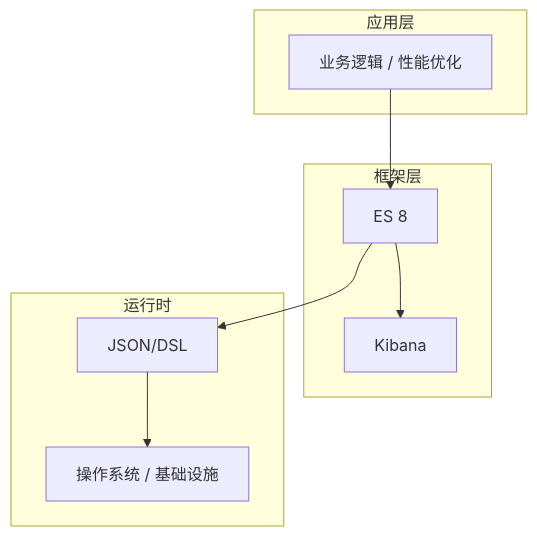
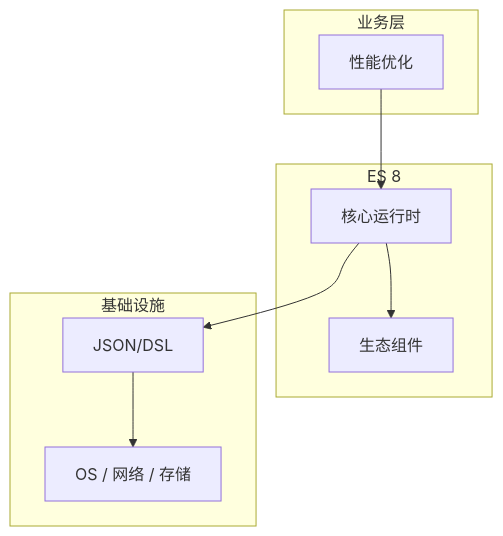
Before and after one commit to yanggan2015/knowledge-json-v2: the diagram in articles/Elasticsearch/chapters/071-性能优化核心概念与原理.md, drawn with Mermaid. The commit also changed other lines of this file and 10127 other files, not shown here.

````diff
--- a/articles/Elasticsearch/chapters/071-性能优化核心概念与原理.md
+++ b/articles/Elasticsearch/chapters/071-性能优化核心概念与原理.md
@@ -45,18 +34,18 @@
 ```mermaid
 graph TB
-    subgraph 应用层
-        A[业务逻辑 / 性能优化]
+    subgraph 业务层
+        A[性能优化]
     end
-    subgraph 框架层
-        B[ES 8]
-        C[Kibana]
+    subgraph ES 8
+        B[核心运行时]
+        C[生态组件]
     end
-    subgraph 运行时
+    subgraph 基础设施
         D[JSON/DSL]
-        E[操作系统 / 基础设施]
+        E[OS / 网络 / 存储]
     end
     A --> B
     B --> C
     B --> D
     D --> E
 ```
````
